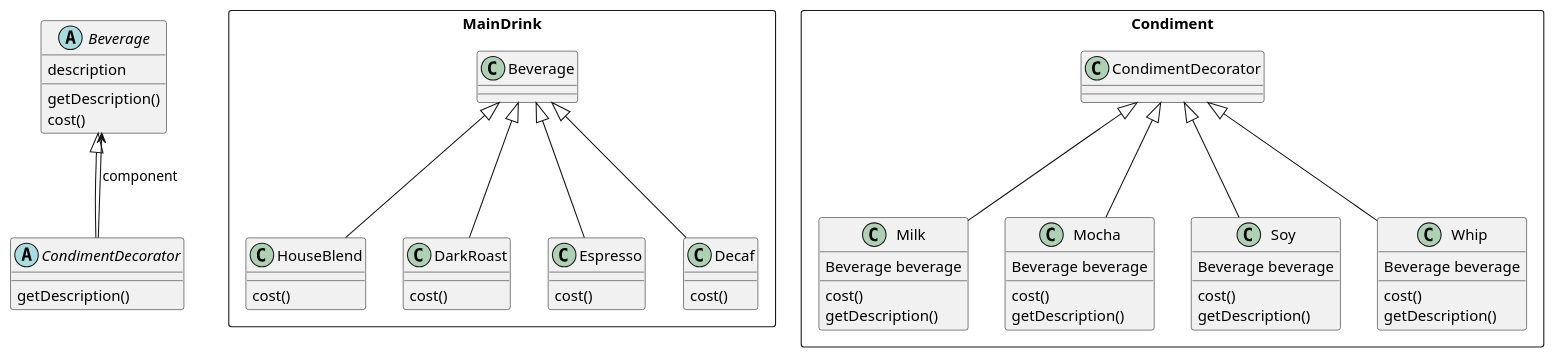
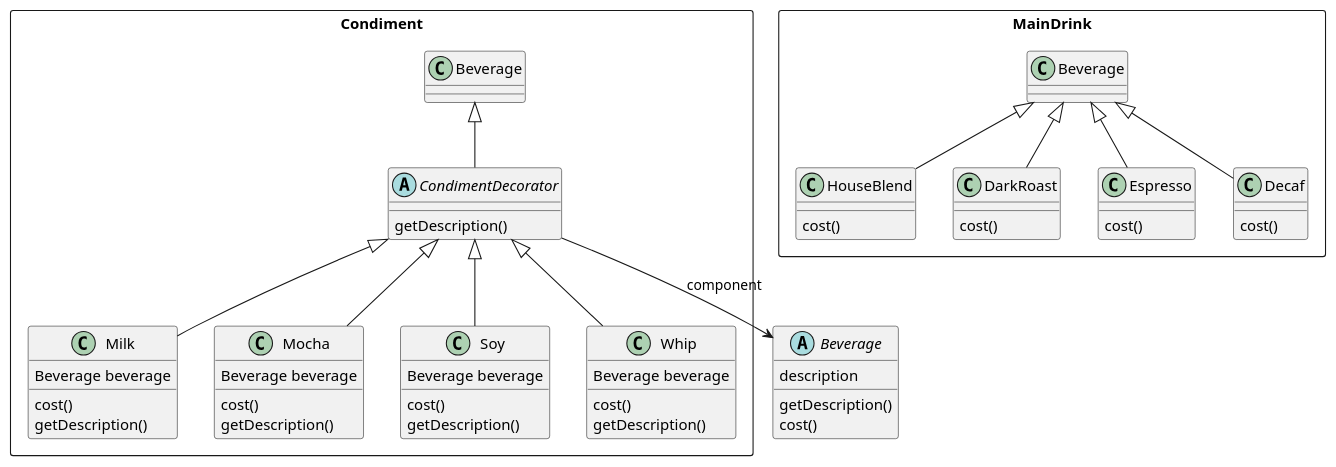
Before and after one commit to khoivudev/decorator-pattern-example: the diagram in design/class_diagram.puml, drawn with PlantUML. The commit also changed 14 other files, not shown here.

```diff
--- a/design/class_diagram.puml
+++ b/design/class_diagram.puml
@@ -1,51 +1,53 @@
 @startuml
 abstract class Beverage {
     description
     getDescription()
     cost()
 }
 package MainDrink <<Rectangle>> {
     class HouseBlend extends Beverage {
         cost()
     }
     class DarkRoast extends Beverage {
         cost()
     }
     class Espresso extends Beverage {
         cost()
     }
     class Decaf extends Beverage {
         cost()
     }
 }
-abstract CondimentDecorator extends Beverage {
+
+package Condiment <<Rectangle>> {
+    abstract CondimentDecorator extends Beverage {
     getDescription()
-}
-package Condiment <<Rectangle>> {
+    }
+
     class Milk extends CondimentDecorator {
         Beverage beverage 
         cost()
         getDescription()
     }
 
     class Mocha extends CondimentDecorator {
         Beverage beverage 
         cost()
         getDescription()
     }
 
     class Soy extends CondimentDecorator {
         Beverage beverage 
         cost()
         getDescription()
     }
 
     class Whip extends CondimentDecorator {
         Beverage beverage 
         cost()
         getDescription()
     }
 }
 CondimentDecorator --> Beverage : component
 
 @enduml
```
